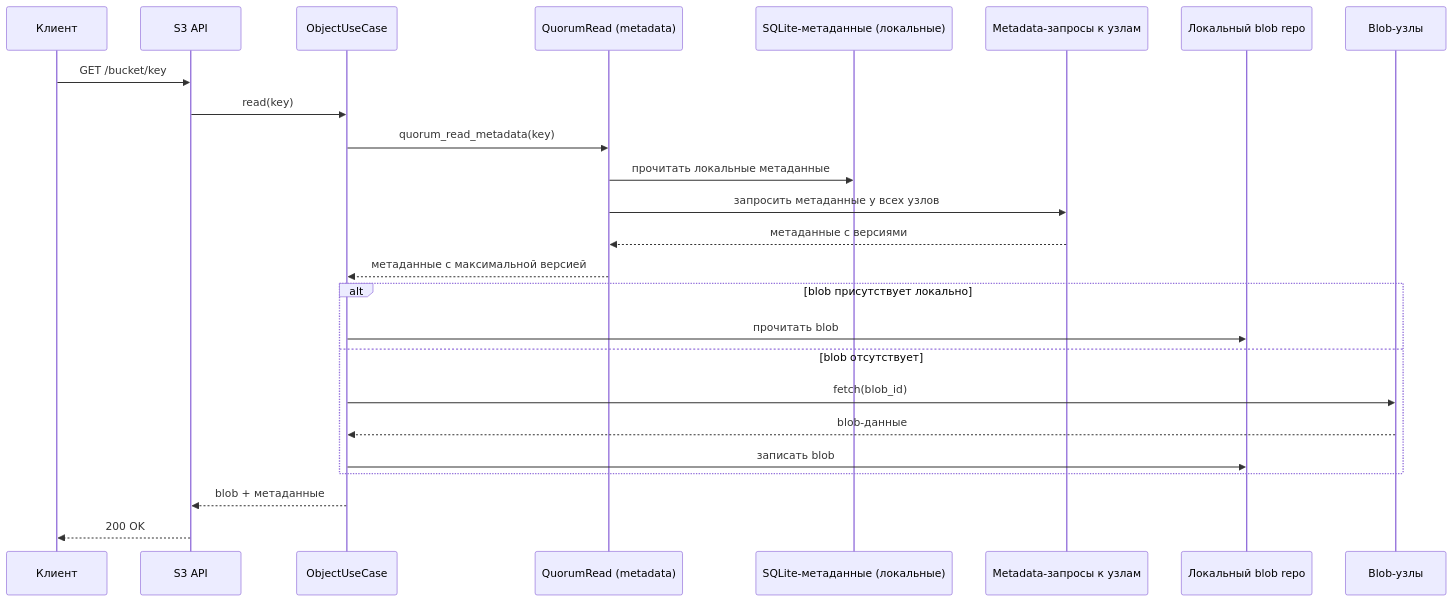
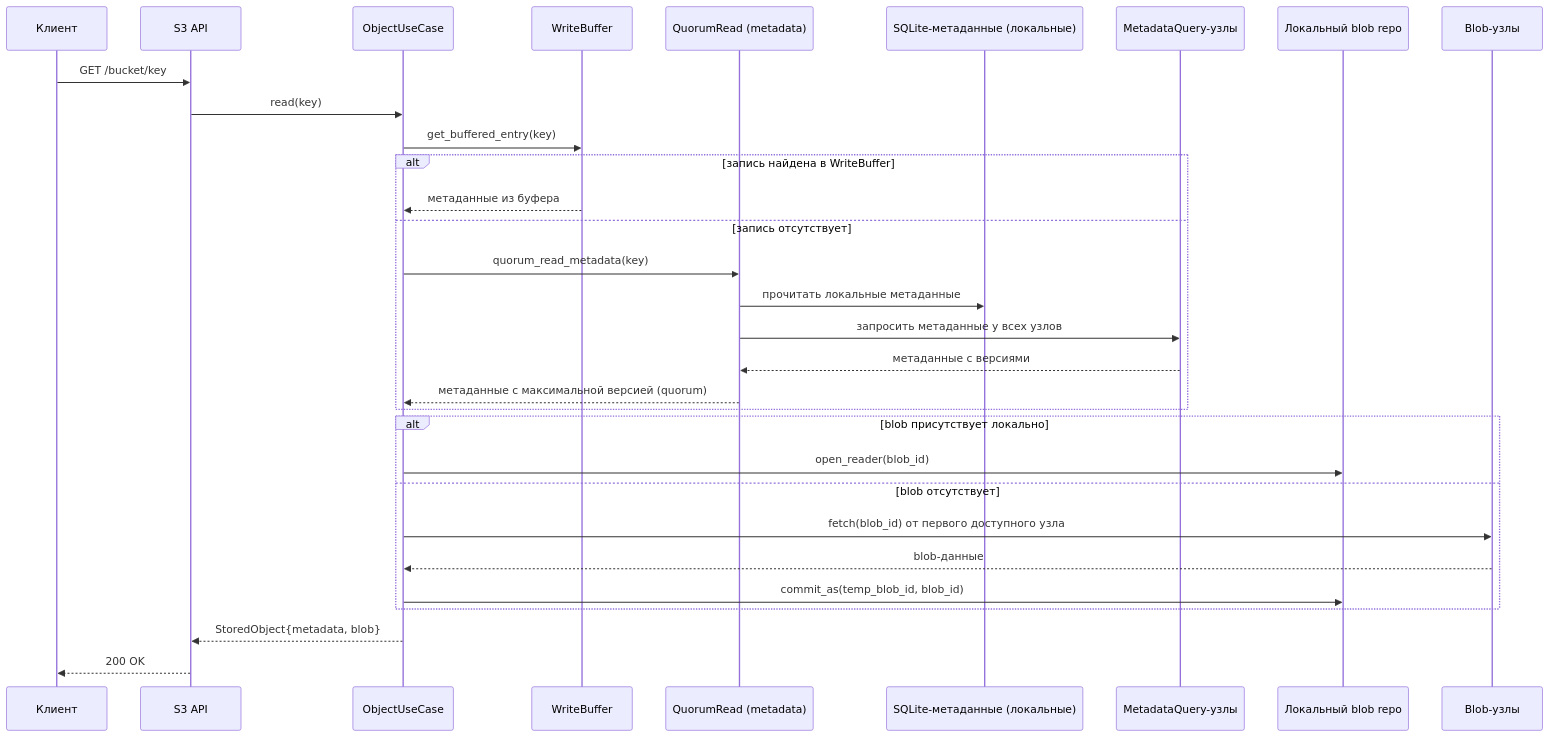
The fourth of 6 diagrams in docs/architecture.md (Bromles/so3), drawn with Mermaid before and after one commit. The commit also changed other lines of this file and 12 other files, not shown here.

````diff
--- a/docs/architecture.md
+++ b/docs/architecture.md
@@ -124,27 +144,33 @@
 ```mermaid
 sequenceDiagram
     participant C as Клиент
     participant A as S3 API
     participant O as ObjectUseCase
+    participant WB as WriteBuffer
     participant QM as QuorumRead (metadata)
     participant M as SQLite-метаданные (локальные)
-    participant MP as Metadata-запросы к узлам
+    participant MP as MetadataQuery-узлы
     participant B as Локальный blob repo
     participant BP as Blob-узлы
     C ->> A: GET /bucket/key
     A ->> O: read(key)
-    O ->> QM: quorum_read_metadata(key)
-    QM ->> M: прочитать локальные метаданные
-    QM ->> MP: запросить метаданные у всех узлов
-    MP -->> QM: метаданные с версиями
-    QM -->> O: метаданные с максимальной версией
+    O ->> WB: get_buffered_entry(key)
+    alt запись найдена в WriteBuffer
+        WB -->> O: метаданные из буфера
+    else запись отсутствует
+        O ->> QM: quorum_read_metadata(key)
+        QM ->> M: прочитать локальные метаданные
+        QM ->> MP: запросить метаданные у всех узлов
+        MP -->> QM: метаданные с версиями
+        QM -->> O: метаданные с максимальной версией (quorum)
+    end
     alt blob присутствует локально
-        O ->> B: прочитать blob
+        O ->> B: open_reader(blob_id)
     else blob отсутствует
-        O ->> BP: fetch(blob_id)
+        O ->> BP: fetch(blob_id) от первого доступного узла
         BP -->> O: blob-данные
-        O ->> B: записать blob
+        O ->> B: commit_as(temp_blob_id, blob_id)
     end
-    O -->> A: blob + метаданные
+    O -->> A: StoredObject{metadata, blob}
     A -->> C: 200 OK
 ```
````
